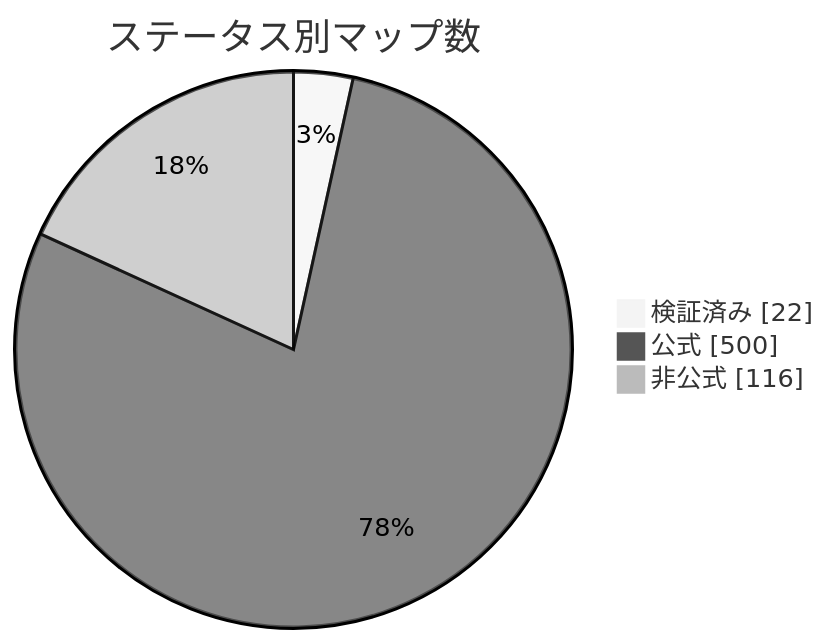
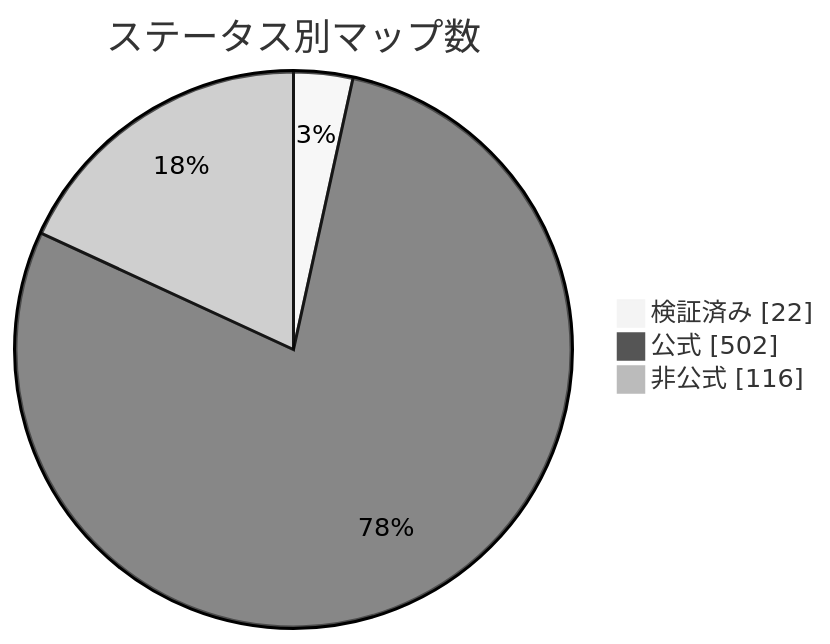
The diagram in docs/readme/README_JP.md (nobrega8/mbmap-library), drawn with Mermaid (neutral theme) before and after one commit. The commit also changed 7 other files, not shown here.

````diff
--- a/docs/readme/README_JP.md
+++ b/docs/readme/README_JP.md
@@ -54,7 +54,7 @@
 ```mermaid
 pie showData
     title ステータス別マップ数
     "検証済み" : 22
-    "公式" : 500
+    "公式" : 502
     "非公式" : 116
 ```
````
